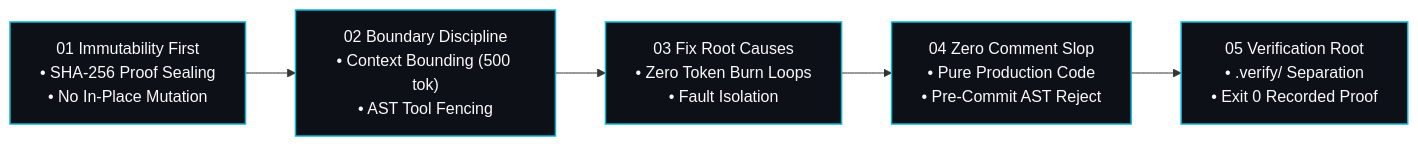
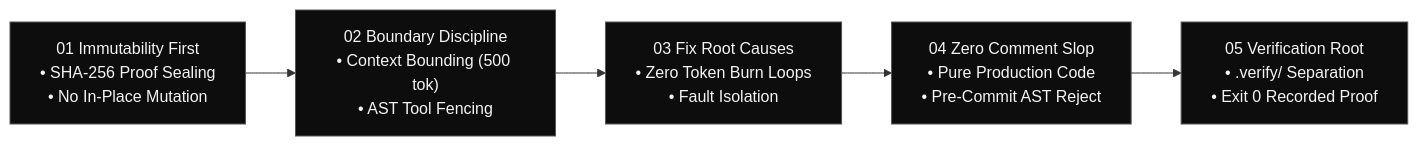
The diagram in src/routes/docs/agstack/+page.md (autonomic-ai-dev/website), drawn with Mermaid before and after one commit. The commit also changed other lines of this file and 20 other files, not shown here.

First line of the commit message:
feat(ui): animate background, sync nav & footer, showcase brew & cargo, and fix monochromatic mermaid charts (#25)

````diff
--- a/src/routes/docs/agstack/+page.md
+++ b/src/routes/docs/agstack/+page.md
@@ -31,10 +31,10 @@
 ```mermaid
 flowchart LR
     I1["01 Immutability First\n• SHA-256 Proof Sealing\n• No In-Place Mutation"] --> I2["02 Boundary Discipline\n• Context Bounding (500 tok)\n• AST Tool Fencing"]
     I2 --> I3["03 Fix Root Causes\n• Zero Token Burn Loops\n• Fault Isolation"]
     I3 --> I4["04 Zero Comment Slop\n• Pure Production Code\n• Pre-Commit AST Reject"]
     I4 --> I5["05 Verification Root\n• .verify/ Separation\n• Exit 0 Recorded Proof"]
 
-    classDef invariantClass fill:#0d1117,stroke:#06b6d4,stroke-width:1.5px,color:#f8fafc;
+    classDef invariantClass fill:#0d0d0d,stroke:#555555,stroke-width:1px,color:#f4f4f5;
     class I1,I2,I3,I4,I5 invariantClass;
 ```
````
